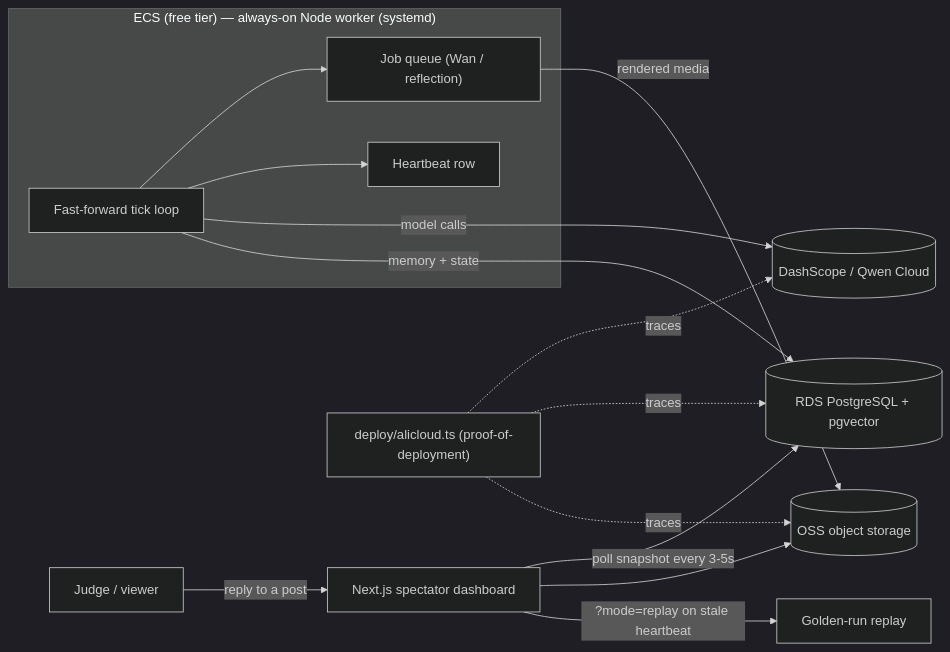
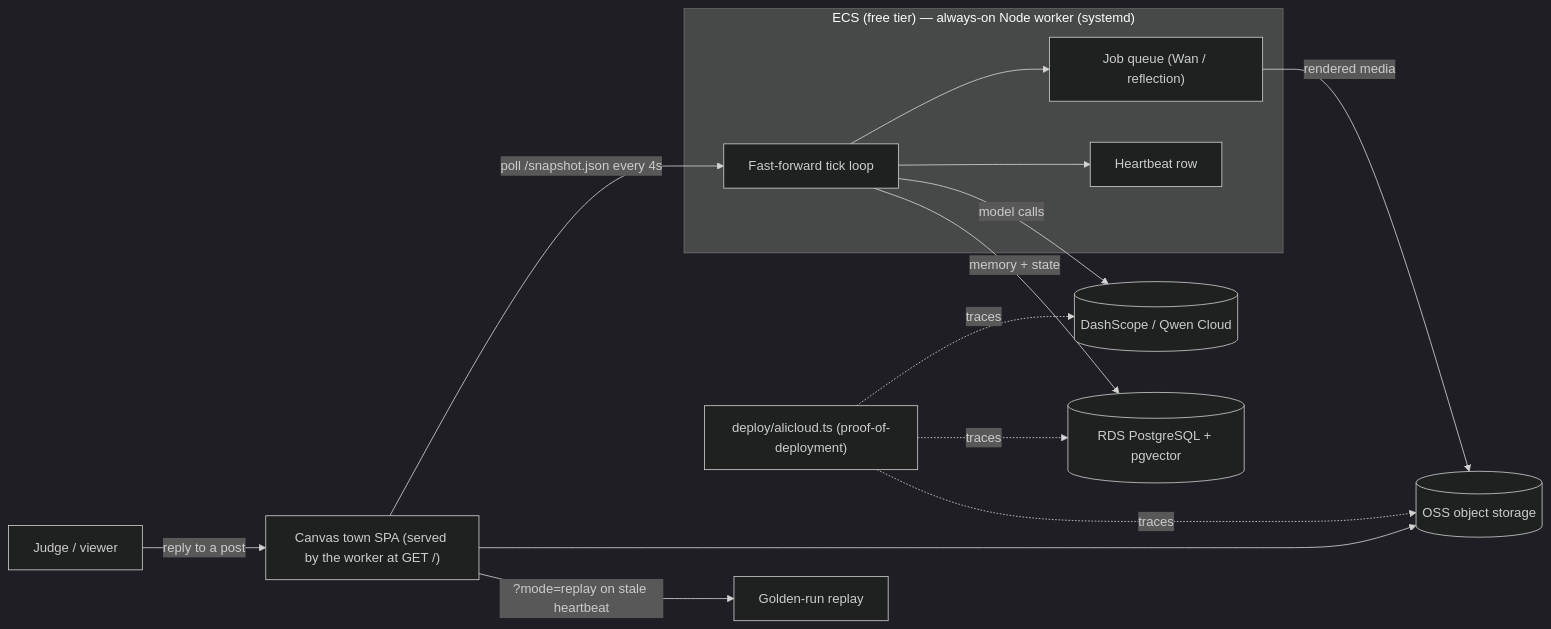
The diagram in docs/ARCHITECTURE.md (AndresCarreonDiaz/QwenCity), drawn with Mermaid (dark theme) before and after one commit. The commit also changed other lines of this file and 1 other file, not shown here.

Commit message:
Docs truth pass: live deployment (not planned), real DashScope adapter (not pending), 91 tests / 11 sims, canvas town SPA documented

````diff
--- a/docs/ARCHITECTURE.md
+++ b/docs/ARCHITECTURE.md
@@ -40,15 +40,15 @@
 ```mermaid
 flowchart LR
   subgraph ECS["ECS (free tier) — always-on Node worker (systemd)"]
     TICK["Fast-forward tick loop"] --> JOBS["Job queue (Wan / reflection)"]
     TICK --> HB["Heartbeat row"]
   end
   TICK -->|model calls| DS[("DashScope / Qwen Cloud")]
   TICK -->|memory + state| RDS[("RDS PostgreSQL + pgvector")]
   JOBS -->|rendered media| OSS[("OSS object storage")]
-  FE["Next.js spectator dashboard"] -->|poll snapshot every 3-5s| RDS
+  FE["Canvas town SPA (served by the worker at GET /)"] -->|"poll /snapshot.json every 4s"| TICK
   FE --> OSS
   JUDGE["Judge / viewer"] -->|reply to a post| FE
   FE -->|"?mode=replay on stale heartbeat"| GOLDEN["Golden-run replay"]
   PROOF["deploy/alicloud.ts (proof-of-deployment)"] -.traces.-> DS & RDS & OSS
 ```
````
